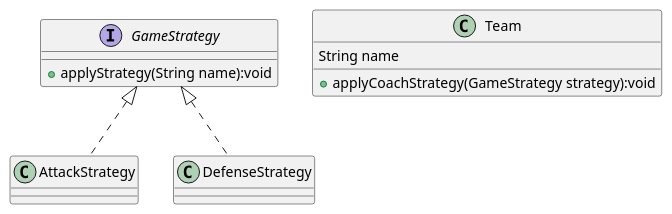
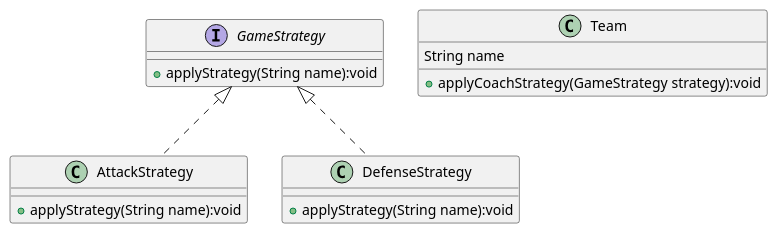
One commit to souhail-kaci/football-patterns changed the diagram in src/main/resources/strategy/strategy.puml. Above: the diagram before and after it, drawn with PlantUML. The commit also changed 2 other files, not shown here.

Commit message:
add observer class diagram

```diff
--- a/src/main/resources/strategy/strategy.puml
+++ b/src/main/resources/strategy/strategy.puml
@@ -1,20 +1,24 @@
 @startuml
 'https://plantuml.com/class-diagram
 
 interface GameStrategy{
  +applyStrategy(String name):void
 }
-class AttackStrategy
-class DefenseStrategy
+class AttackStrategy{
+ +applyStrategy(String name):void
+}
+class DefenseStrategy{
+ +applyStrategy(String name):void
+}
 class Team {
 String name
 +applyCoachStrategy(GameStrategy strategy):void
 }
 
  GameStrategy <|.. AttackStrategy
  GameStrategy <|.. DefenseStrategy
 
 
 
 
 @enduml
```
